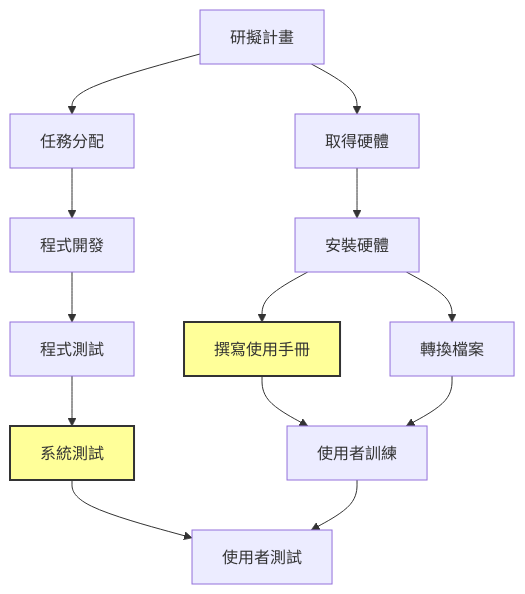
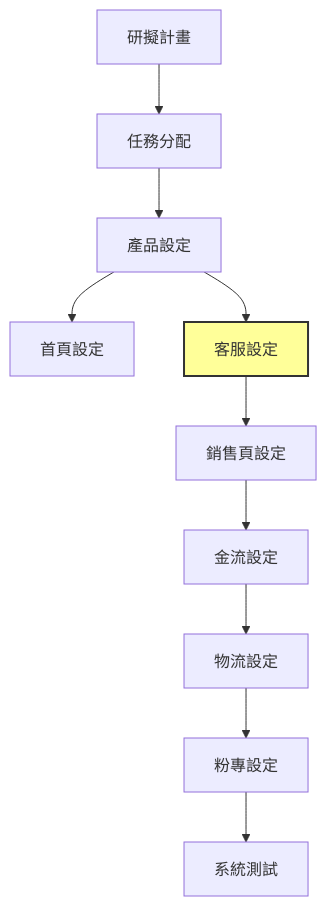
The second of 3 diagrams in README.md (SayoruFps/E-commerce_MiDo-Bakery), drawn with Mermaid before and after one commit. The commit also changed other lines of this file, not shown here.

````diff
--- a/README.md
+++ b/README.md
@@ -46,20 +46,15 @@
 ```mermaid
 graph TD
     1[研擬計畫] --> 2[任務分配]
-    1[研擬計畫] --> 3[取得硬體]
-    2    --> 4[程式開發]
-    3    --> 5[安裝硬體]
-    4    --> 6[程式測試]
-    5    --> 7[撰寫使用手冊]
-    5    --> 8[轉換檔案]
-    6    --> 9[系統測試]
-    7    --> 10[使用者訓練]
-    8    --> 10[使用者訓練]
-    9    --> 11[使用者測試]
-    10   --> 11[使用者測試]
+    2    --> 3[產品設定]
+    3    --> 4[首頁設定]
+    3    --> 5[客服設定]
+    5    --> 6[銷售頁設定]
+    6    --> 7[金流設定]
+    7    --> 8[物流設定]
+    8    --> 9[粉專設定]
+    9    --> 10[系統測試]
 
-
-    style 7 fill:#ffff99,stroke:#333,stroke-width:2px
-    style 9 fill:#ffff99,stroke:#333,stroke-width:2px
+    style 5 fill:#ffff99,stroke:#333,stroke-width:2px
 
 ```
````
